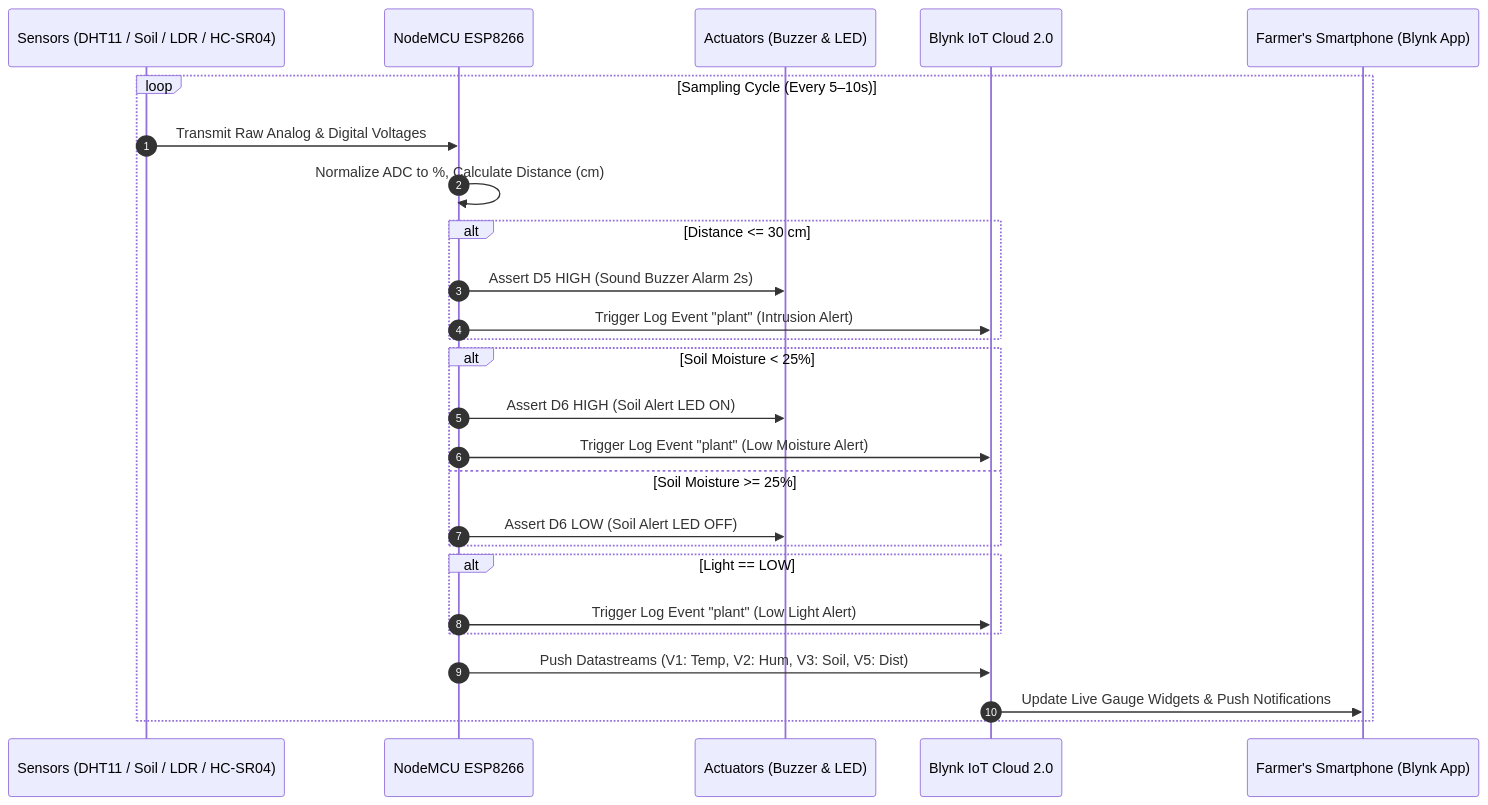
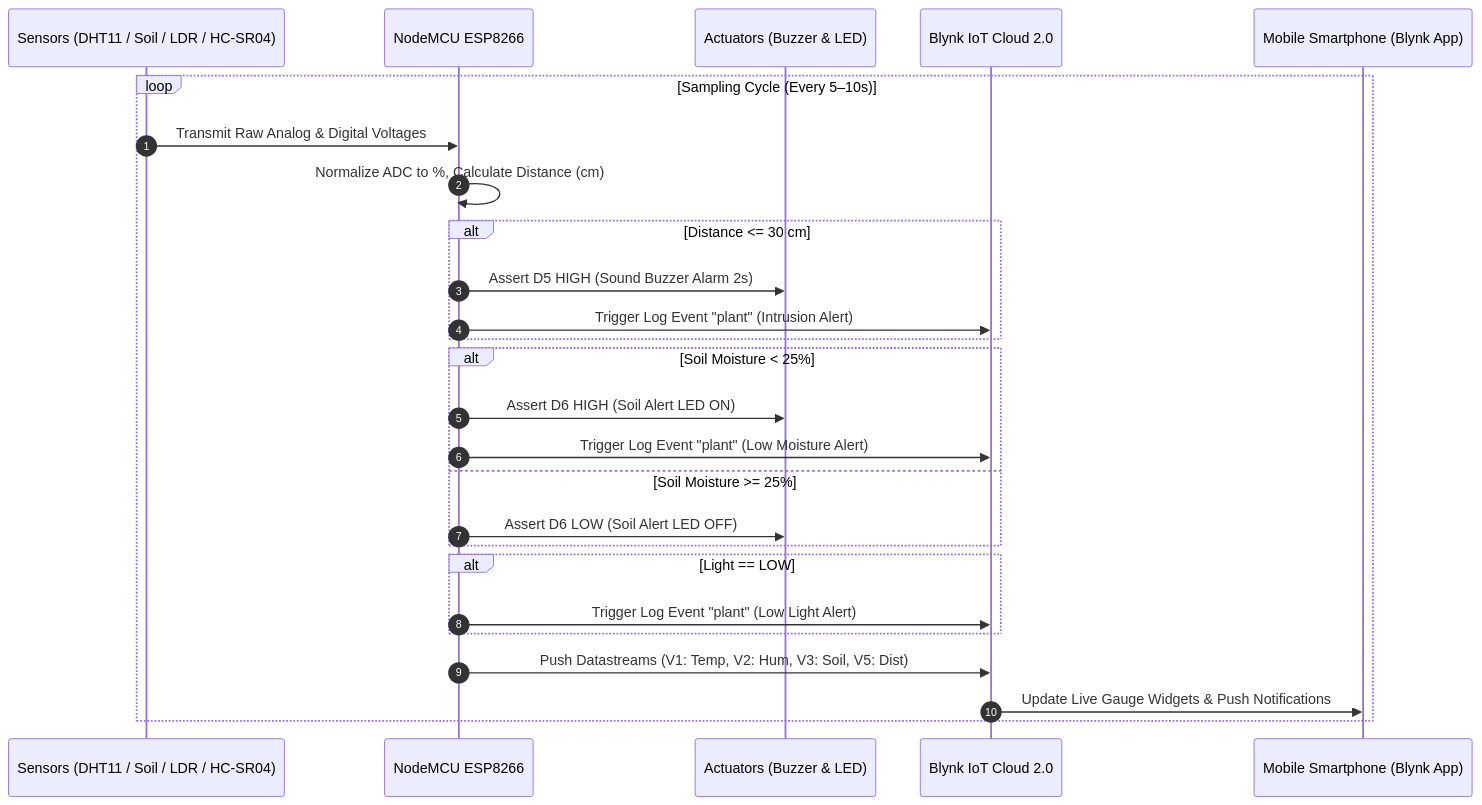
Before and after one commit to Akhilcrab/smart-greenhouse-iot-system: the diagram in README.md, drawn with Mermaid. The commit also changed other lines of this file and 6 other files, not shown here.

````diff
--- a/README.md
+++ b/README.md
@@ -111,33 +106,33 @@
 ```mermaid
 sequenceDiagram
     autonumber
     participant S as Sensors (DHT11 / Soil / LDR / HC-SR04)
     participant MCU as NodeMCU ESP8266
     participant ACT as Actuators (Buzzer & LED)
     participant CLOUD as Blynk IoT Cloud 2.0
-    participant APP as Farmer's Smartphone (Blynk App)
+    participant APP as Mobile Smartphone (Blynk App)
 
     loop Sampling Cycle (Every 5–10s)
         S->>MCU: Transmit Raw Analog & Digital Voltages
         MCU->>MCU: Normalize ADC to %, Calculate Distance (cm)
         
         alt Distance <= 30 cm
             MCU->>ACT: Assert D5 HIGH (Sound Buzzer Alarm 2s)
             MCU->>CLOUD: Trigger Log Event "plant" (Intrusion Alert)
         end
 
         alt Soil Moisture < 25%
             MCU->>ACT: Assert D6 HIGH (Soil Alert LED ON)
             MCU->>CLOUD: Trigger Log Event "plant" (Low Moisture Alert)
         else Soil Moisture >= 25%
             MCU->>ACT: Assert D6 LOW (Soil Alert LED OFF)
         end
 
         alt Light == LOW
             MCU->>CLOUD: Trigger Log Event "plant" (Low Light Alert)
         end
 
         MCU->>CLOUD: Push Datastreams (V1: Temp, V2: Hum, V3: Soil, V5: Dist)
         CLOUD->>APP: Update Live Gauge Widgets & Push Notifications
     end
 ```
````
